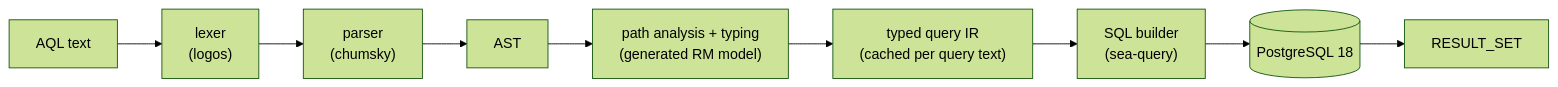
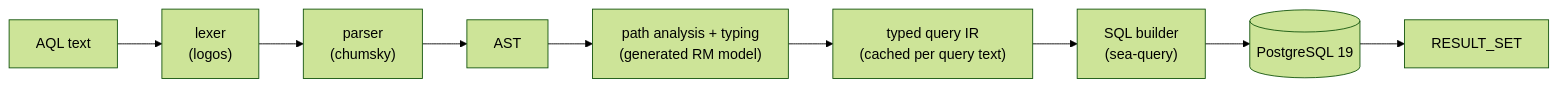
Before and after one commit to FerroHEALTH/FerroEHR: the first of 2 diagrams in website/book/src/concepts/aql-engine.md, drawn with Mermaid (forest theme). The commit also changed other lines of this file and 111 other files, not shown here.

First line of the commit message:
build: run on PostgreSQL 19 and refuse an older server at boot

````diff
--- a/website/book/src/concepts/aql-engine.md
+++ b/website/book/src/concepts/aql-engine.md
@@ -19,11 +19,11 @@
 ```mermaid
 flowchart LR
     q["AQL text"] --> lex["lexer<br/>(logos)"]
     lex --> parse["parser<br/>(chumsky)"]
     parse --> ast["AST"]
     ast --> an["path analysis + typing<br/>(generated RM model)"]
     an --> ir["typed query IR<br/>(cached per query text)"]
     ir --> sql["SQL builder<br/>(sea-query)"]
-    sql --> pg[("PostgreSQL 18")]
+    sql --> pg[("PostgreSQL 19")]
     pg --> rs["RESULT_SET"]
 ```
````
